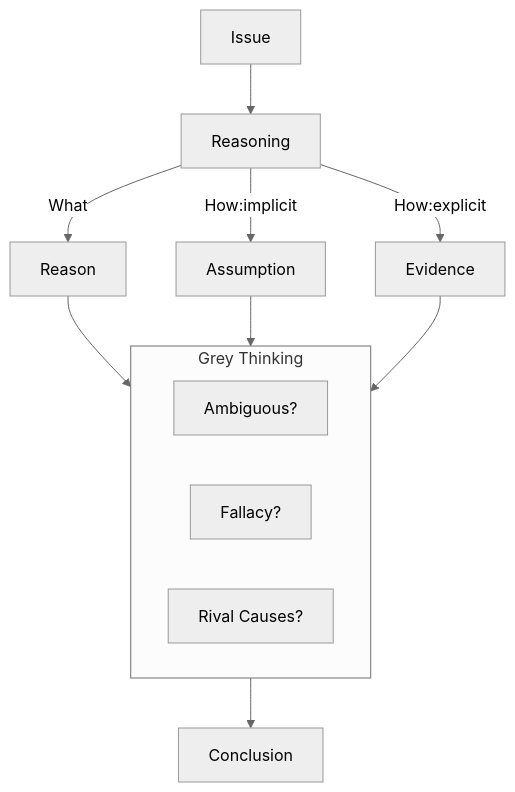
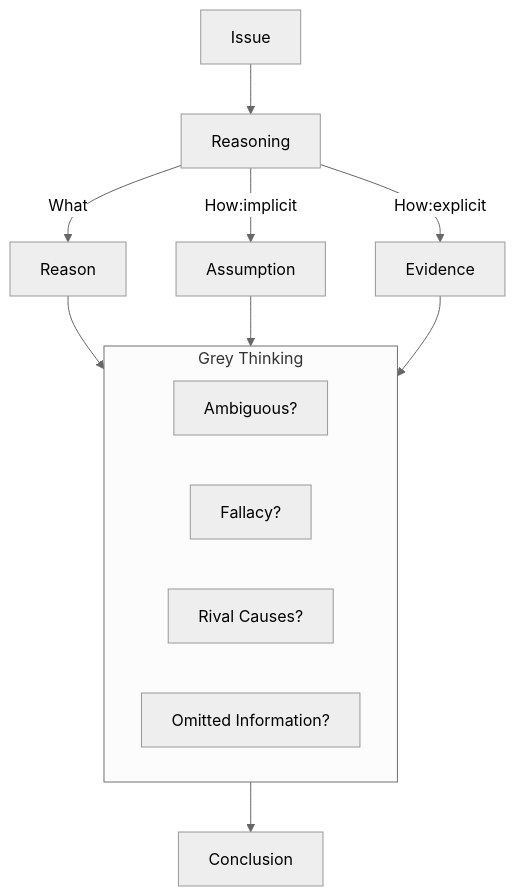
One commit to El25Aleph/_Aleph changed the diagram in docs/NS-card-批判性思维.md. Above: the diagram before and after it, drawn with Mermaid. The commit also changed 2 other files, not shown here.

````diff
--- a/docs/NS-card-批判性思维.md
+++ b/docs/NS-card-批判性思维.md
@@ -9,17 +9,18 @@
 ```mermaid
 graph TD
 %%{init:{'theme': 'neutral'}}%%
   Issue --> E[Reasoning]
   A[Reason]
   B[Assumption]
   C[Evidence]
   subgraph D[Grey Thinking]
   Ambiguous?
   Fallacy?
   F[Rival Causes?]
+  G[Omitted Information?]
   end
   E --> |What|A
   E --> |How:implicit|B
   E --> |How:explicit|C
   A & B & C --> D --> Conclusion
 ```
````
